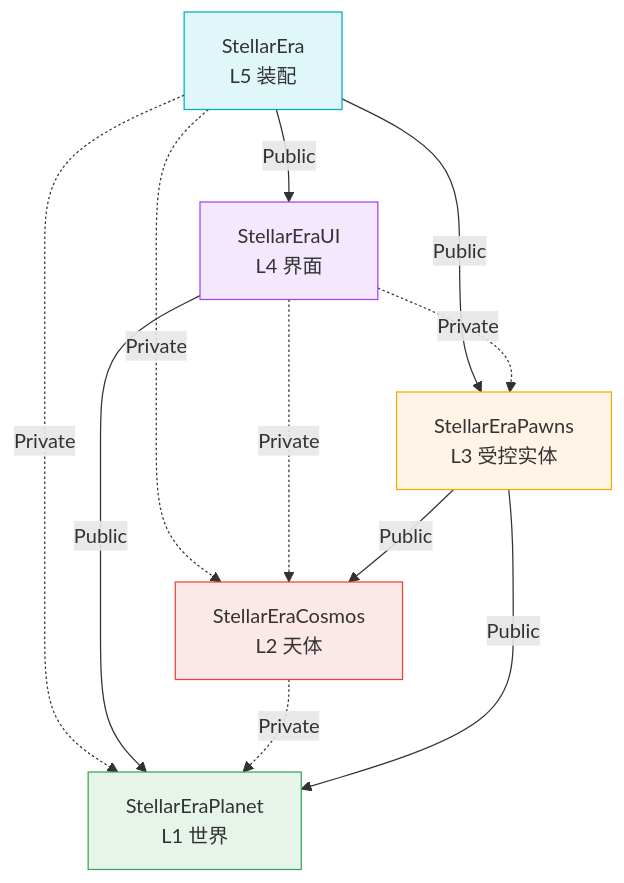
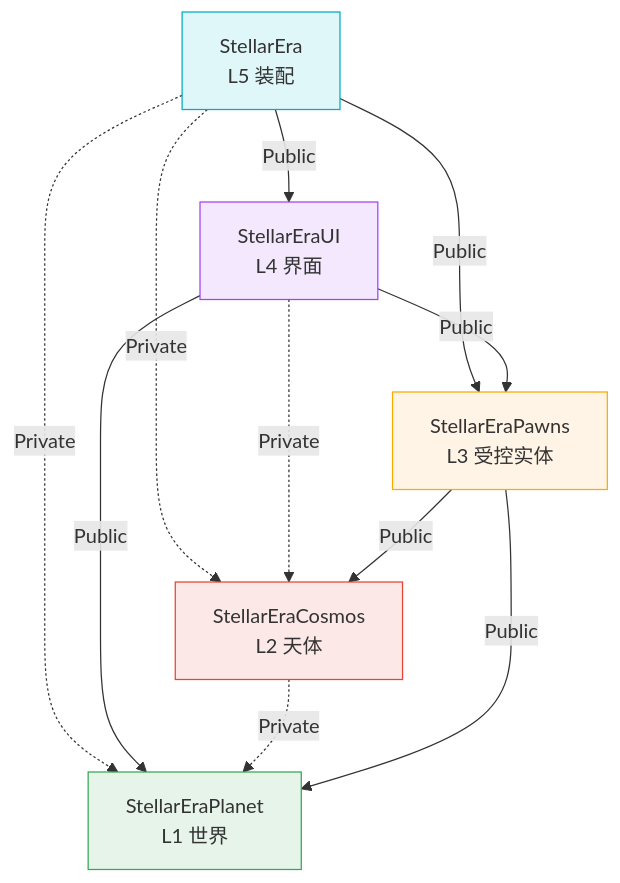
The diagram in docs/ARCHITECTURE.md (xiaobaibaix/StellarEra), drawn with Mermaid before and after one commit. The commit also changed other lines of this file and 44 other files, not shown here.

````diff
--- a/docs/ARCHITECTURE.md
+++ b/docs/ARCHITECTURE.md
@@ -47,25 +47,25 @@
 ```mermaid
 graph TD
     E["StellarEra<br/>L5 装配"]
     UI["StellarEraUI<br/>L4 界面"]
     C["StellarEraCosmos<br/>L2 天体"]
     P["StellarEraPawns<br/>L3 受控实体"]
     PL["StellarEraPlanet<br/>L1 世界"]
 
     E -->|Public| UI
     E -->|Public| P
     E -.->|Private| PL
     E -.->|Private| C
     UI -->|Public| PL
+    UI -->|Public| P
     UI -.->|Private| C
-    UI -.->|Private| P
     C -.->|Private| PL
     P -->|Public| C
     P -->|Public| PL
 
     style PL fill:#e6f4ea,stroke:#34a853
     style P fill:#fff4e5,stroke:#f9ab00
     style C fill:#fce8e6,stroke:#ea4335
     style UI fill:#f3e8fd,stroke:#a142f4
     style E fill:#e0f7fa,stroke:#00acc1
 ```
````
